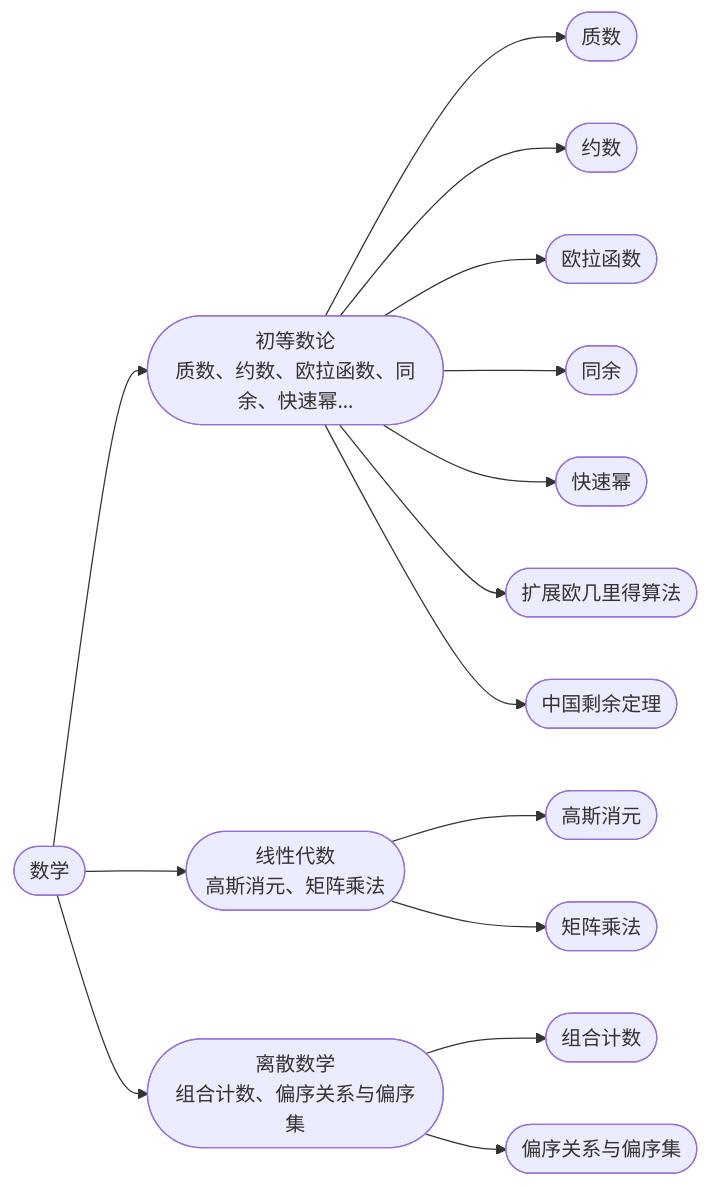
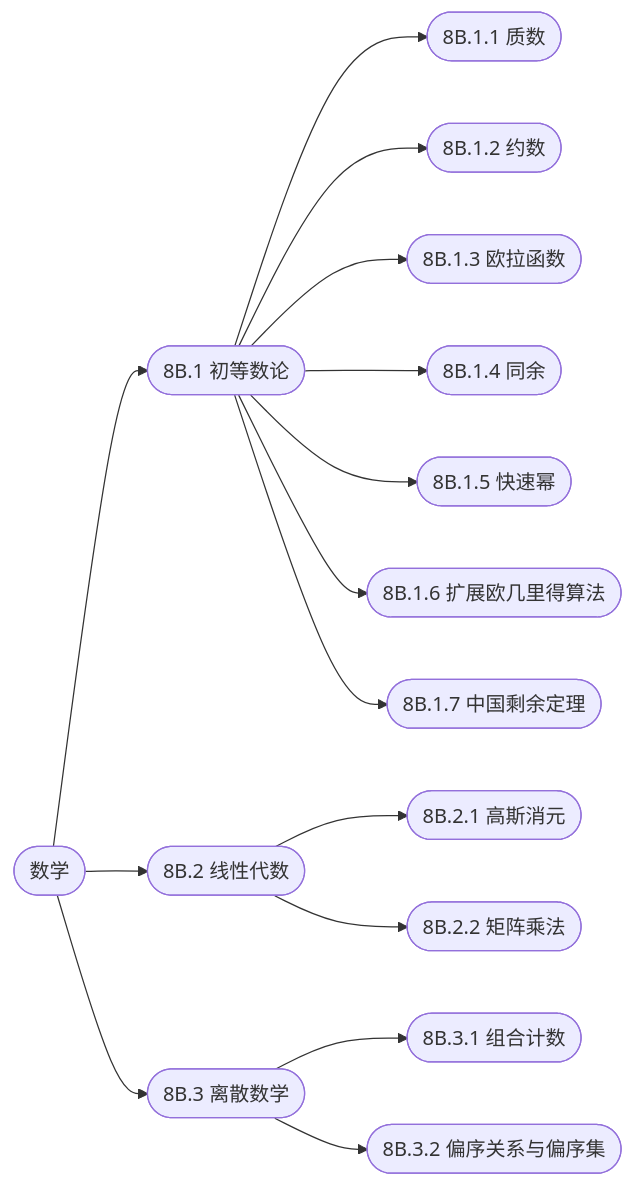
Before and after one commit to cuberxl/Coders-Note: the diagram in 8B-数学/index.md, drawn with Mermaid. The commit also changed other lines of this file and 153 other files, not shown here.

````diff
--- a/8B-数学/index.md
+++ b/8B-数学/index.md
@@ -23,18 +23,18 @@
 ```mermaid
 flowchart LR
     R(["数学"])
-    R --> N1(["初等数论<br/>质数、约数、欧拉函数、同余、快速幂…"])
-    N1 --> N1_1(["质数"])
-    N1 --> N1_2(["约数"])
-    N1 --> N1_3(["欧拉函数"])
-    N1 --> N1_4(["同余"])
-    N1 --> N1_5(["快速幂"])
-    N1 --> N1_6(["扩展欧几里得算法"])
-    N1 --> N1_7(["中国剩余定理"])
-    R --> N2(["线性代数<br/>高斯消元、矩阵乘法"])
-    N2 --> N2_1(["高斯消元"])
-    N2 --> N2_2(["矩阵乘法"])
-    R --> N3(["离散数学<br/>组合计数、偏序关系与偏序集"])
-    N3 --> N3_1(["组合计数"])
-    N3 --> N3_2(["偏序关系与偏序集"])
+    R --> N1(["8B.1 初等数论"])
+    N1 --> N1_1(["8B.1.1 质数"])
+    N1 --> N1_2(["8B.1.2 约数"])
+    N1 --> N1_3(["8B.1.3 欧拉函数"])
+    N1 --> N1_4(["8B.1.4 同余"])
+    N1 --> N1_5(["8B.1.5 快速幂"])
+    N1 --> N1_6(["8B.1.6 扩展欧几里得算法"])
+    N1 --> N1_7(["8B.1.7 中国剩余定理"])
+    R --> N2(["8B.2 线性代数"])
+    N2 --> N2_1(["8B.2.1 高斯消元"])
+    N2 --> N2_2(["8B.2.2 矩阵乘法"])
+    R --> N3(["8B.3 离散数学"])
+    N3 --> N3_1(["8B.3.1 组合计数"])
+    N3 --> N3_2(["8B.3.2 偏序关系与偏序集"])
 ```
````
